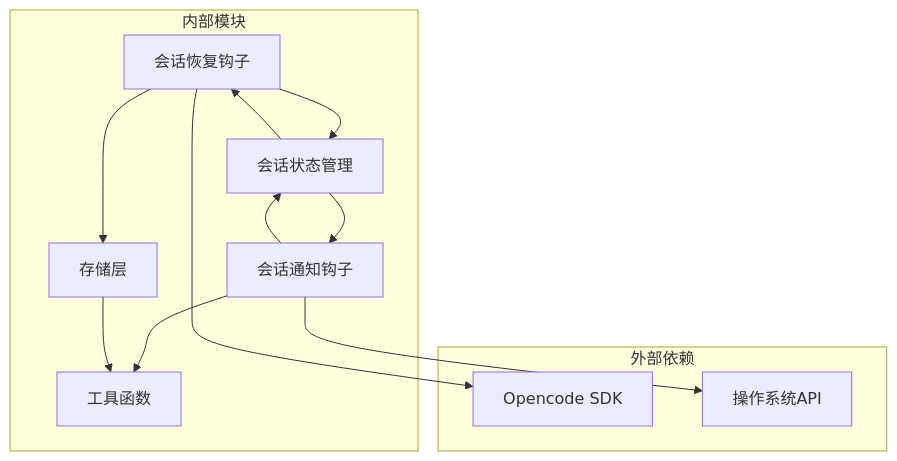
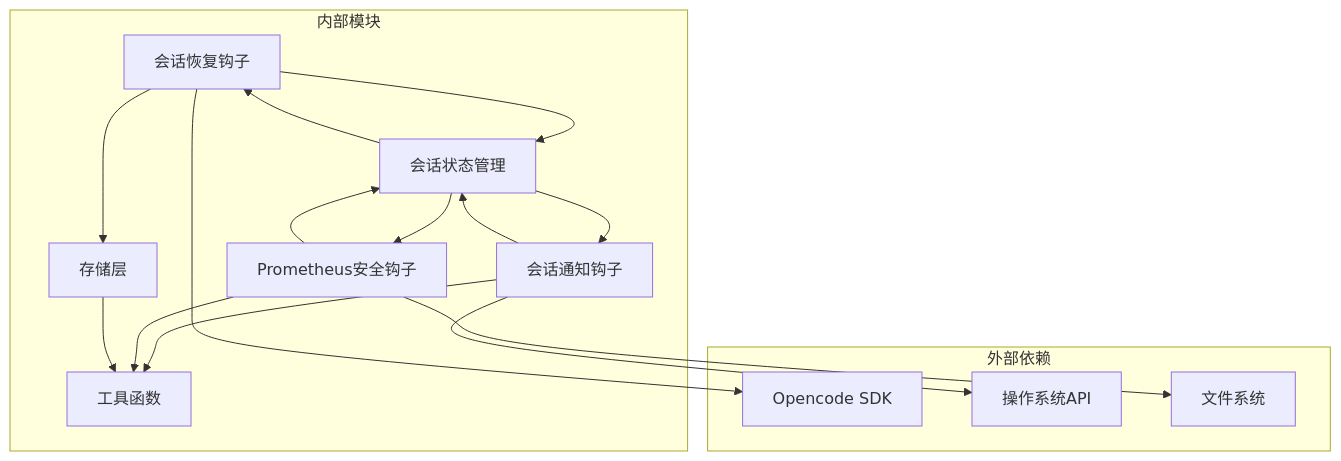
The ninth of 9 diagrams in .qoder/repowiki/zh/content/钩子系统/会话管理钩子.md (code-yeongyu/oh-my-openagent), drawn with Mermaid before and after one commit. The commit also changed other lines of this file and 61 other files, not shown here.

````diff
--- a/.qoder/repowiki/zh/content/钩子系统/会话管理钩子.md
+++ b/.qoder/repowiki/zh/content/钩子系统/会话管理钩子.md
@@ -302,23 +422,29 @@
 ```mermaid
 graph TB
 subgraph "外部依赖"
 SDK[Opencode SDK]
 OS[操作系统API]
+FS[文件系统]
 end
 subgraph "内部模块"
 Recovery[会话恢复钩子]
 Notification[会话通知钩子]
 State[会话状态管理]
 Storage[存储层]
 Utils[工具函数]
+Prometheus[Prometheus安全钩子]
 end
 Recovery --> SDK
 Recovery --> Storage
 Recovery --> State
 Notification --> OS
 Notification --> State
 Notification --> Utils
+Prometheus --> FS
+Prometheus --> State
+Prometheus --> Utils
 Storage --> Utils
 State --> Recovery
 State --> Notification
+State --> Prometheus
 ```
````
